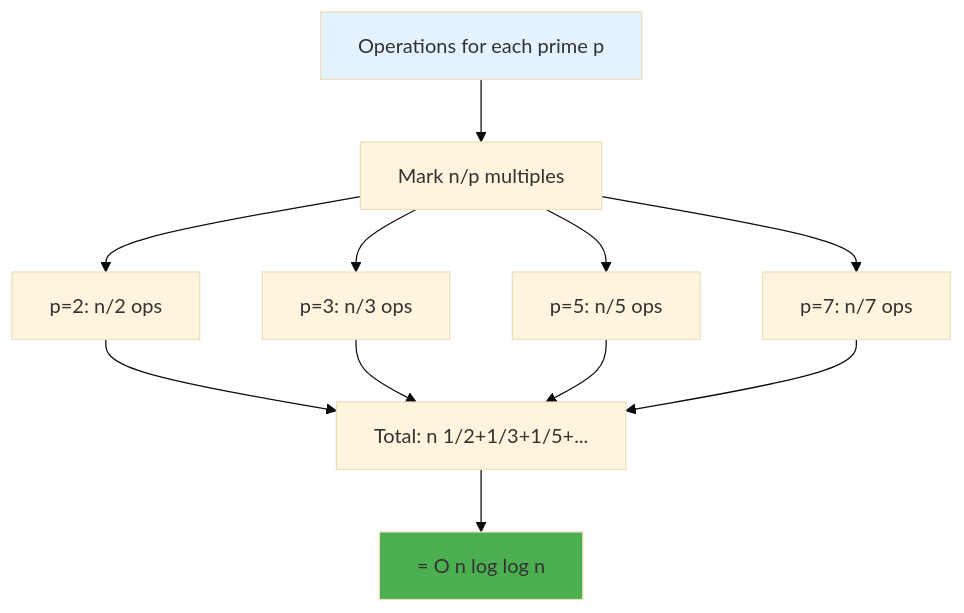
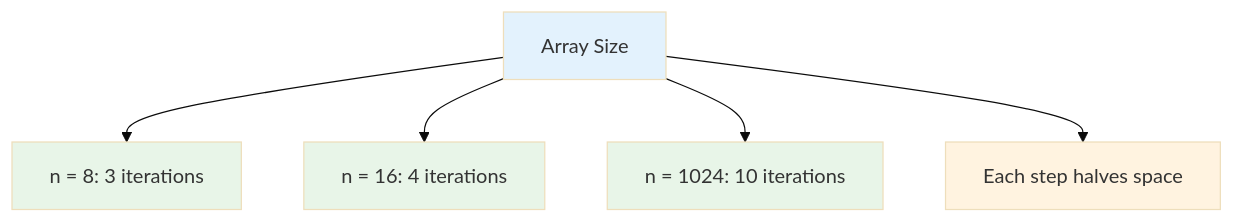
Diagram 12 of 13 in README.md (LuckyLongre123/README_RUNNER), drawn with Mermaid (base theme) before and after one commit. The commit also changed other lines of this file, not shown here.

````diff
--- a/README.md
+++ b/README.md
@@ -381,18 +382,13 @@
 ```mermaid
 flowchart TD
-    A[Operations for each prime p] --> B[Mark n/p multiples]
-    B --> C[p=2: n/2 ops]
-    B --> D[p=3: n/3 ops]
-    B --> E[p=5: n/5 ops]
-    B --> F[p=7: n/7 ops]
-    
-    C --> G[Total: n 1/2+1/3+1/5+...]
-    D --> G
-    E --> G
-    F --> G
-    
-    G --> H[= O n log log n]
+    A["Array Size"] --> B["n = 8: 3 iterations"]
+    A --> C["n = 16: 4 iterations"]
+    A --> D["n = 1024: 10 iterations"]
+    A --> E["Each step halves space"]
     
     style A fill:#e3f2fd
-    style H fill:#4caf50
+    style B fill:#e8f5e8
+    style C fill:#e8f5e8
+    style D fill:#e8f5e8
+    style E fill:#fff3e0
 ```
````
